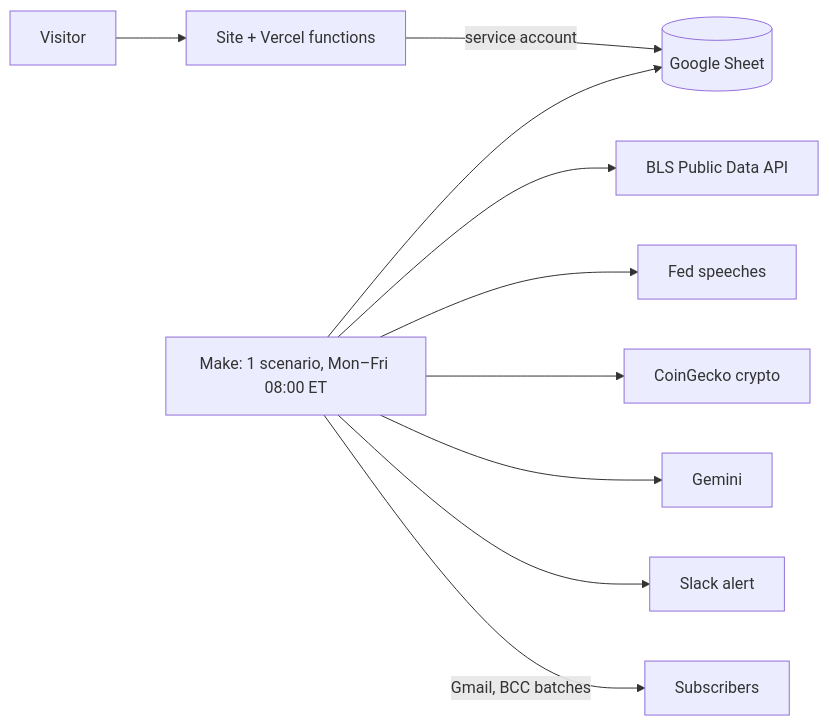
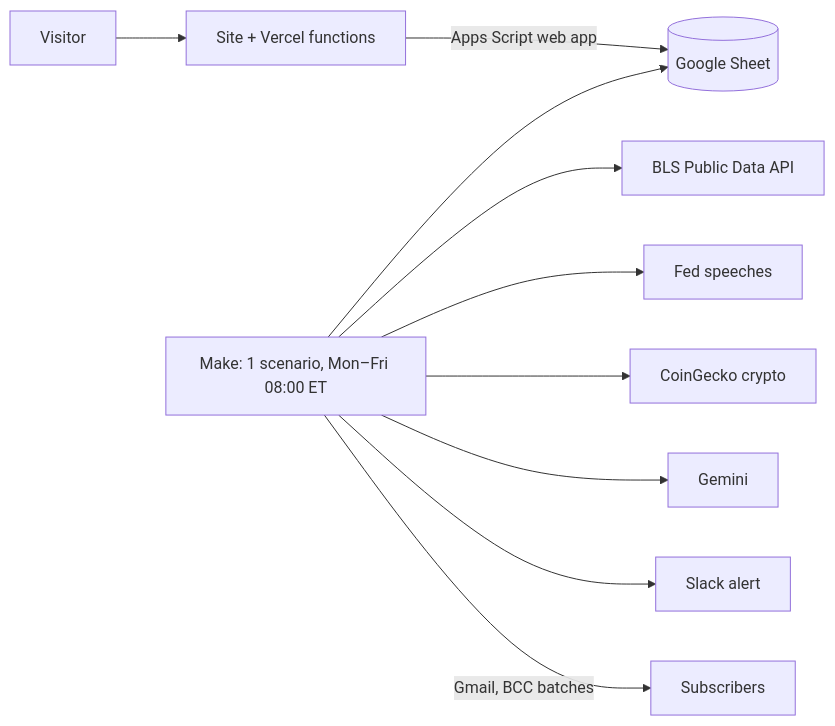
One commit to notm33na/morningmarket changed the diagram in README.md. Above: the diagram before and after it, drawn with Mermaid. The commit also changed other lines of this file and 27 other files, not shown here.

````diff
--- a/README.md
+++ b/README.md
@@ -27,7 +31,7 @@
 ```mermaid
 flowchart LR
-  V[Visitor] --> S[Site + Vercel functions] -->|service account| G[(Google Sheet)]
+  V[Visitor] --> S[Site + Vercel functions] -->|Apps Script web app| G[(Google Sheet)]
   M[Make: 1 scenario, Mon–Fri 08:00 ET] --> G
   M --> B[BLS Public Data API] & FR[Fed speeches] & C[CoinGecko crypto] & AI[Gemini] & SL[Slack alert]
   M -->|Gmail, BCC batches| R[Subscribers]
 ```
````
